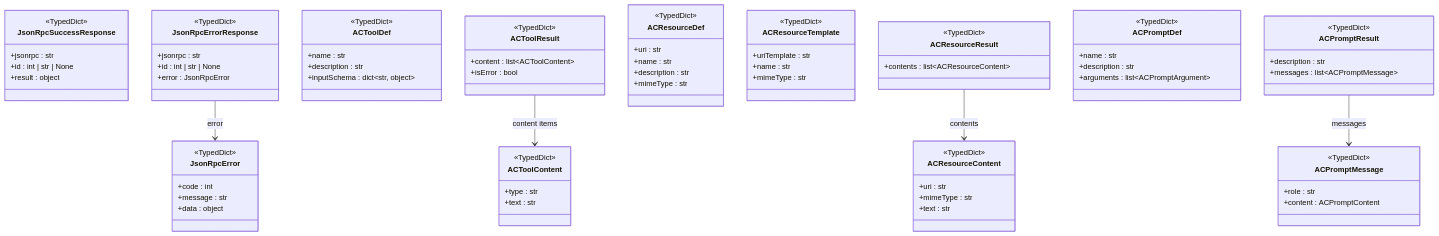
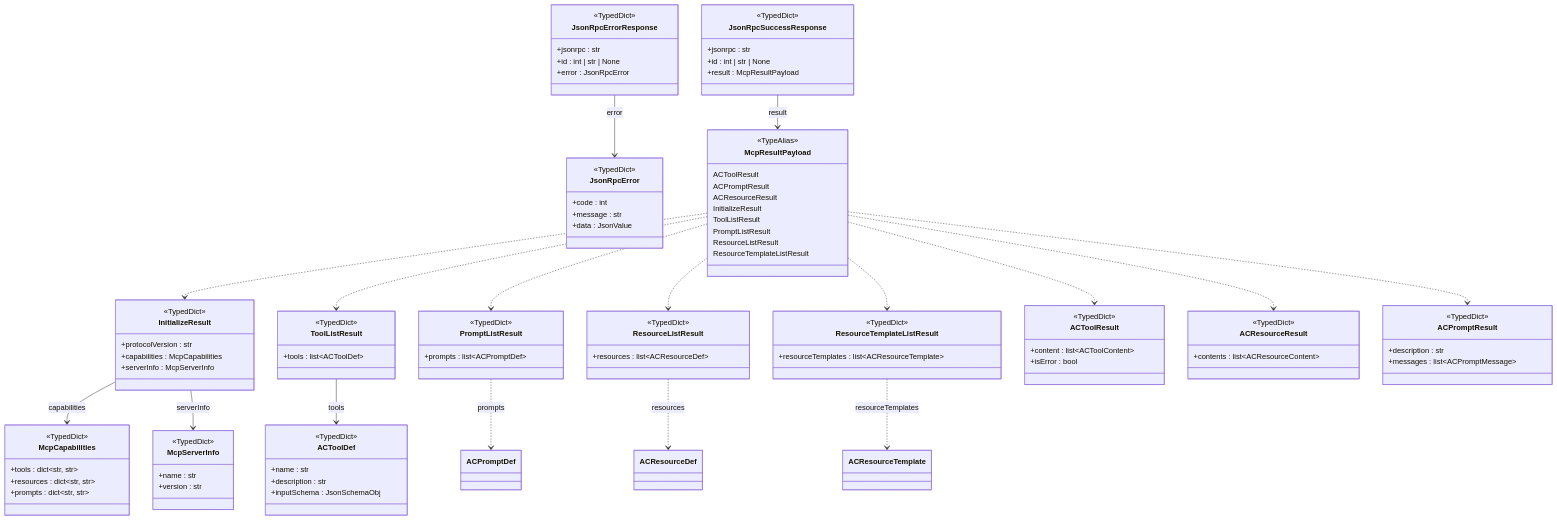
The sixth of 10 diagrams in docs/reference/type-contracts.md (cgcardona/agentception), drawn with Mermaid before and after one commit. The commit also changed other lines of this file and 116 other files, not shown here.

````diff
--- a/docs/reference/type-contracts.md
+++ b/docs/reference/type-contracts.md
@@ -1977,7 +2139,7 @@
         <<TypedDict>>
         +jsonrpc : str
         +id : int | str | None
-        +result : object
+        +result : McpResultPayload
     }
     class JsonRpcErrorResponse {
         <<TypedDict>>
@@ -1989,66 +2151,87 @@
         <<TypedDict>>
         +code : int
         +message : str
-        +data : object
+        +data : JsonValue
+    }
+    class McpResultPayload {
+        <<TypeAlias>>
+        ACToolResult
+        ACPromptResult
+        ACResourceResult
+        InitializeResult
+        ToolListResult
+        PromptListResult
+        ResourceListResult
+        ResourceTemplateListResult
+    }
+    class InitializeResult {
+        <<TypedDict>>
+        +protocolVersion : str
+        +capabilities : McpCapabilities
+        +serverInfo : McpServerInfo
+    }
+    class McpCapabilities {
+        <<TypedDict>>
+        +tools : dict~str, str~
+        +resources : dict~str, str~
+        +prompts : dict~str, str~
+    }
+    class McpServerInfo {
+        <<TypedDict>>
+        +name : str
+        +version : str
+    }
+    class ToolListResult {
+        <<TypedDict>>
+        +tools : list~ACToolDef~
+    }
+    class PromptListResult {
+        <<TypedDict>>
+        +prompts : list~ACPromptDef~
+    }
+    class ResourceListResult {
+        <<TypedDict>>
+        +resources : list~ACResourceDef~
+    }
+    class ResourceTemplateListResult {
+        <<TypedDict>>
+        +resourceTemplates : list~ACResourceTemplate~
     }
     class ACToolDef {
         <<TypedDict>>
         +name : str
         +description : str
-        +inputSchema : dict~str, object~
-    }
-    class ACToolContent {
-        <<TypedDict>>
-        +type : str
-        +text : str
+        +inputSchema : JsonSchemaObj
     }
     class ACToolResult {
         <<TypedDict>>
         +content : list~ACToolContent~
         +isError : bool
     }
-    class ACResourceDef {
-        <<TypedDict>>
-        +uri : str
-        +name : str
-        +description : str
-        +mimeType : str
-    }
-    class ACResourceTemplate {
-        <<TypedDict>>
-        +uriTemplate : str
-        +name : str
-        +mimeType : str
-    }
-    class ACResourceContent {
-        <<TypedDict>>
-        +uri : str
-        +mimeType : str
-        +text : str
-    }
     class ACResourceResult {
         <<TypedDict>>
         +contents : list~ACResourceContent~
-    }
-    class ACPromptDef {
-        <<TypedDict>>
-        +name : str
-        +description : str
-        +arguments : list~ACPromptArgument~
     }
     class ACPromptResult {
         <<TypedDict>>
         +description : str
         +messages : list~ACPromptMessage~
     }
-    class ACPromptMessage {
-        <<TypedDict>>
-        +role : str
-        +content : ACPromptContent
-    }
 
+    JsonRpcSuccessResponse --> McpResultPayload : result
     JsonRpcErrorResponse --> JsonRpcError : error
-    ACToolResult --> ACToolContent : content items
-    ACResourceResult --> ACResourceContent : contents
-    ACPromptResult --> ACPromptMessage : messages
+    McpResultPayload ..> ACToolResult
+    McpResultPayload ..> ACPromptResult
+    McpResultPayload ..> ACResourceResult
+    McpResultPayload ..> InitializeResult
+    McpResultPayload ..> ToolListResult
+    McpResultPayload ..> PromptListResult
+    McpResultPayload ..> ResourceListResult
+    McpResultPayload ..> ResourceTemplateListResult
+    InitializeResult --> McpCapabilities : capabilities
+    InitializeResult --> McpServerInfo : serverInfo
+    ToolListResult --> ACToolDef : tools
+    PromptListResult ..> ACPromptDef : prompts
+    ResourceListResult ..> ACResourceDef : resources
+    ResourceTemplateListResult ..> ACResourceTemplate : resourceTemplates
 ```
````
